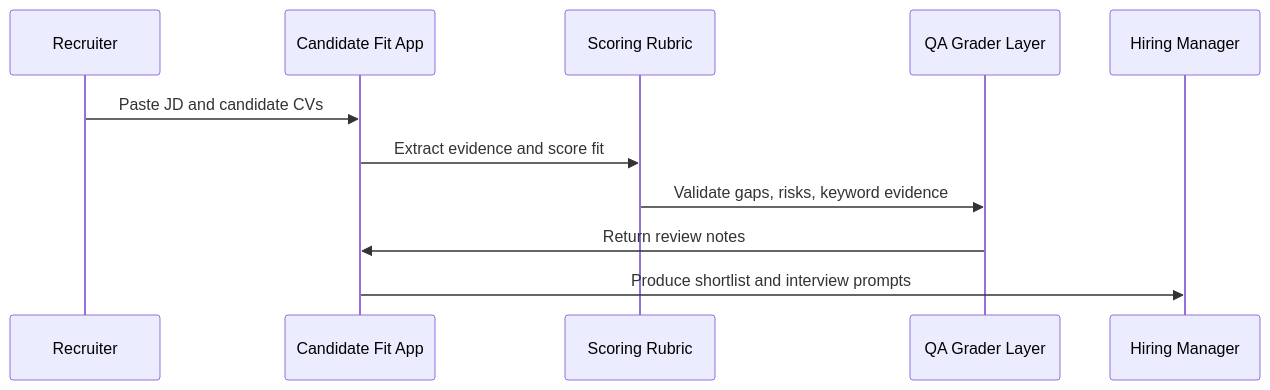
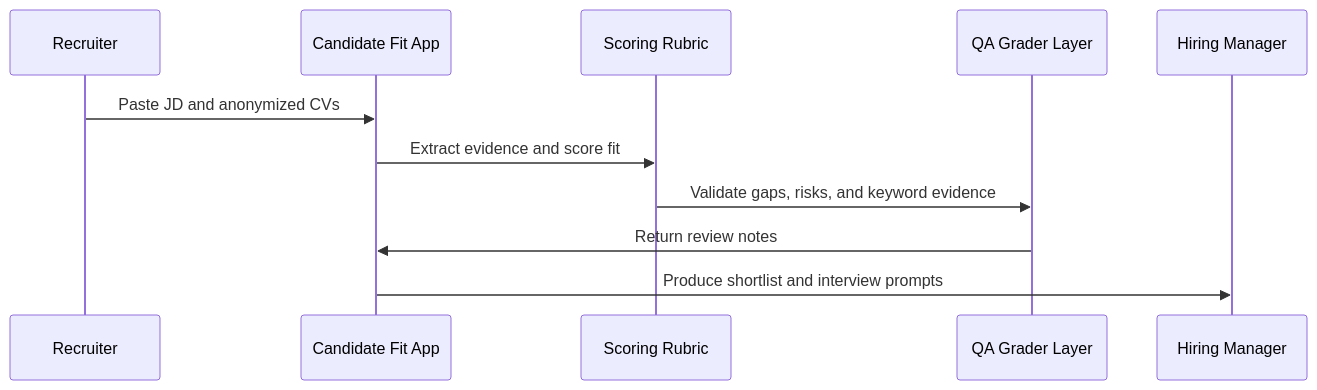
The third of 5 diagrams in candidate-fit-showcase/README.md (TengKianBoon/TengKianBoon), drawn with Mermaid before and after one commit. The commit also changed other lines of this file, not shown here.

````diff
--- a/candidate-fit-showcase/README.md
+++ b/candidate-fit-showcase/README.md
@@ -91,14 +121,14 @@
 ```mermaid
 sequenceDiagram
   participant User as Recruiter
   participant App as Candidate Fit App
   participant Rubric as Scoring Rubric
   participant Checker as QA Grader Layer
   participant Human as Hiring Manager
 
-  User->>App: Paste JD and candidate CVs
+  User->>App: Paste JD and anonymized CVs
   App->>Rubric: Extract evidence and score fit
-  Rubric->>Checker: Validate gaps, risks, keyword evidence
+  Rubric->>Checker: Validate gaps, risks, and keyword evidence
   Checker->>App: Return review notes
   App->>Human: Produce shortlist and interview prompts
 ```
````
